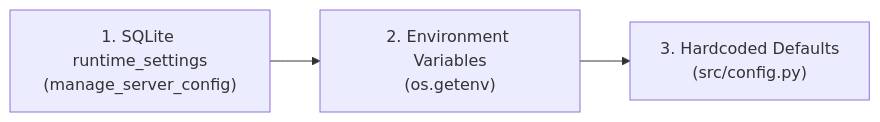
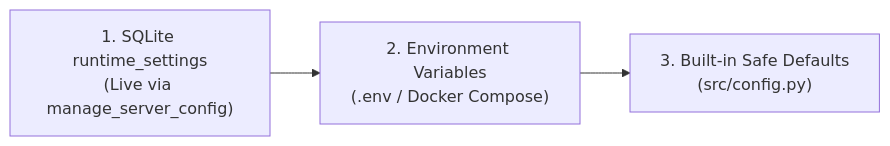
The third of 3 diagrams in README.md (brazaoo4/helios), drawn with Mermaid before and after one commit. The commit also changed other lines of this file, not shown here.

````diff
--- a/README.md
+++ b/README.md
@@ -384,5 +295,5 @@
 ```mermaid
 flowchart LR
-    A["1. SQLite runtime_settings<br/>(manage_server_config)"] --> B["2. Environment Variables<br/>(os.getenv)"]
-    B --> C["3. Hardcoded Defaults<br/>(src/config.py)"]
+    A["1. SQLite runtime_settings<br/>(Live via manage_server_config)"] --> B["2. Environment Variables<br/>(.env / Docker Compose)"]
+    B --> C["3. Built-in Safe Defaults<br/>(src/config.py)"]
 ```
````
